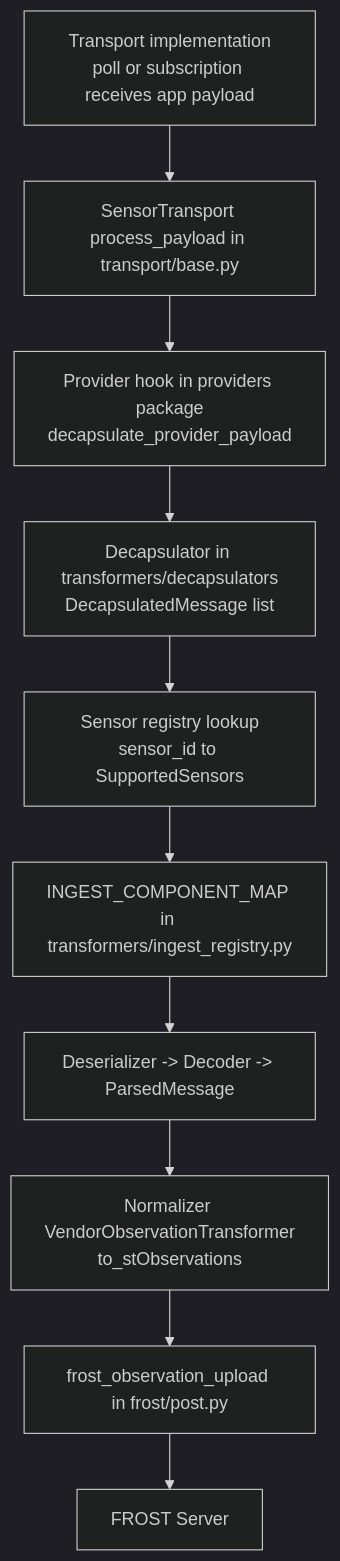
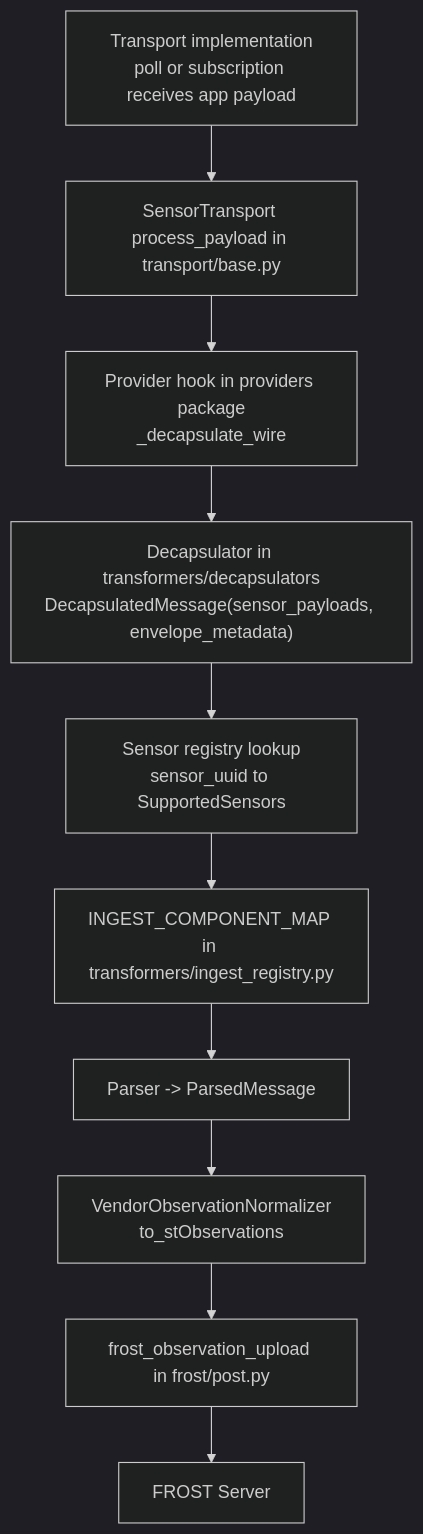
One commit to justinschembri/rime changed the diagram in src/rime/README.md. Above: the diagram before and after it, drawn with Mermaid (dark theme). The commit also changed other lines of this file and 40 other files, not shown here.

````diff
--- a/src/rime/README.md
+++ b/src/rime/README.md
@@ -11,12 +11,12 @@
 ```mermaid
 flowchart TD
     A["Transport implementation<br/>poll or subscription receives app payload"] --> B["SensorTransport process_payload in transport/base.py"]
-    B --> C["Provider hook in providers package<br/>decapsulate_provider_payload"]
-    C --> D["Decapsulator in transformers/decapsulators<br/>DecapsulatedMessage list"]
-    D --> E["Sensor registry lookup<br/>sensor_id to SupportedSensors"]
+    B --> C["Provider hook in providers package<br/>_decapsulate_wire"]
+    C --> D["Decapsulator in transformers/decapsulators<br/>DecapsulatedMessage(sensor_payloads, envelope_metadata)"]
+    D --> E["Sensor registry lookup<br/>sensor_uuid to SupportedSensors"]
     E --> F["INGEST_COMPONENT_MAP in transformers/ingest_registry.py"]
-    F --> G["Deserializer -> Decoder -> ParsedMessage"]
-    G --> H["Normalizer VendorObservationTransformer<br/>to_stObservations"]
+    F --> G["Parser -> ParsedMessage"]
+    G --> H["VendorObservationNormalizer<br/>to_stObservations"]
     H --> I["frost_observation_upload in frost/post.py"]
     I --> J["FROST Server"]
 ```
````
